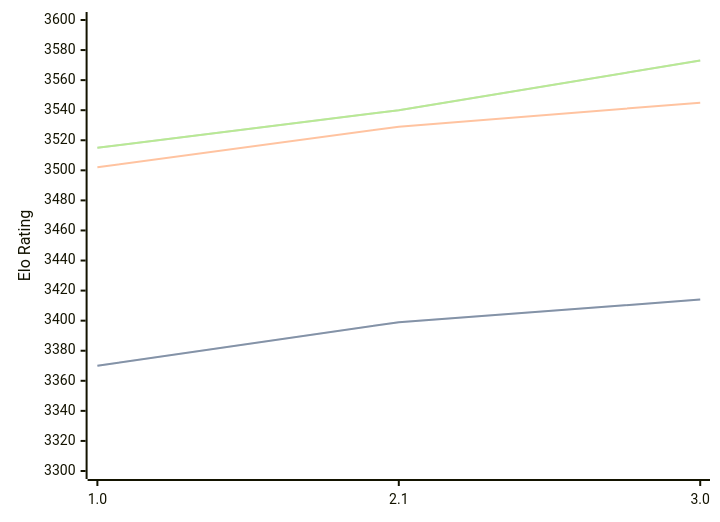
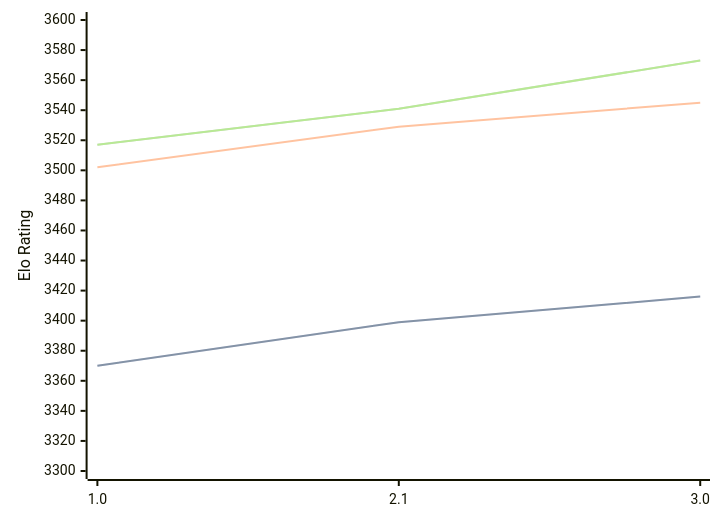
Before and after one commit to computer-chess-index/cci: the diagram in engines/Hobbes.md, drawn with Mermaid. The commit also changed other lines of this file, not shown here.

Commit message:
Update CCI Ratings (ELO VLTC) - 2026-08-23

````diff
--- a/engines/Hobbes.md
+++ b/engines/Hobbes.md
@@ -33,11 +33,11 @@
 ```mermaid
 %%{init: {"theme":"base","themeVariables":{"seriesColors:['#a3a3a3','#222221','#faa371']}}}%%
 xychart-beta
   x-axis ["1.0", "2.1", "3.0"]
   y-axis "Elo Rating" 3300 --> 3600
-  line "STC (8.0+0.08s)" [3370, 3399, 3414]
-  line "STC (8.0+0.08s)" [3370, 3399, 3414]
+  line "STC (8.0+0.08s)" [3370, 3399, 3416]
+  line "STC (8.0+0.08s)" [3370, 3399, 3416]
   line "LTC (60.0+0.60s)" [3502, 3529, 3545]
-  line "VLTC (2m24s+1.12s)" [3515, 3540, 3573]
-  line "VLTC (2m24s+1.12s)" [3515, 3540, 3573]
+  line "VLTC (2m24s+1.12s)" [3517, 3541, 3573]
+  line "VLTC (2m24s+1.12s)" [3517, 3541, 3573]
 ```
````
